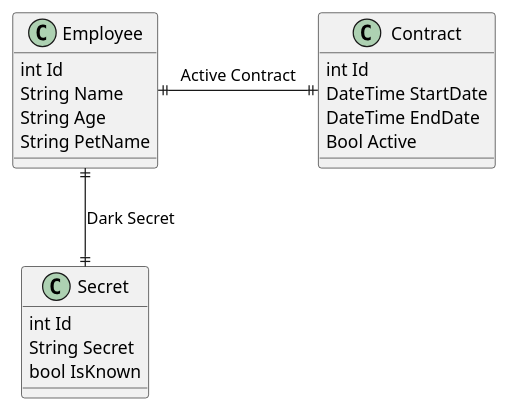
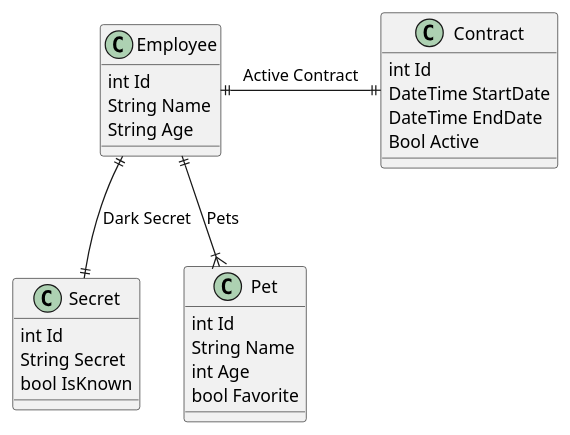
One commit to simonmartyr/throwaway-conditional-associations changed the diagram in Documentation/DataDiagram.plantuml. Above: the diagram before and after it, drawn with PlantUML. The commit also changed 14 other files, not shown here.

```diff
--- a/Documentation/DataDiagram.plantuml
+++ b/Documentation/DataDiagram.plantuml
@@ -1,24 +1,31 @@
 @startuml
 class Employee {
   int Id
   String Name
   String Age
-  String PetName
 }
 
 class Contract {
   int Id
   DateTime StartDate
   DateTime EndDate
   Bool Active
 }
 
 class Secret {
   int Id
   String Secret
   bool IsKnown
 }
 
+class Pet {
+  int Id
+  String Name
+  int Age
+  bool Favorite
+}
+
 Employee ||-|| Contract : Active Contract
 Employee ||--|| Secret : Dark Secret
+Employee ||--|{ Pet : Pets
 @enduml
```
